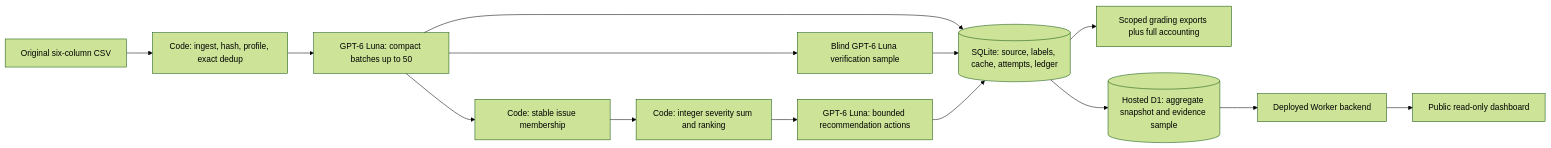
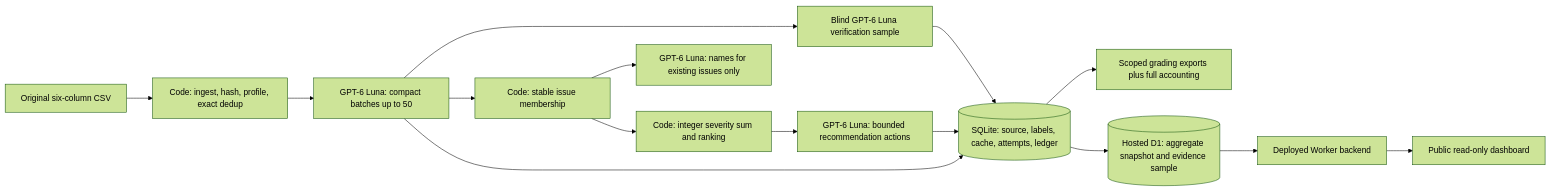
The diagram in README.md (tess-rubin/spotify-review-evidence), drawn with Mermaid (forest theme) before and after one commit. The commit also changed other lines of this file and 13 other files, not shown here.

````diff
--- a/README.md
+++ b/README.md
@@ -40,16 +40,17 @@
 ```mermaid
 flowchart LR
   S[Original six-column CSV] --> P[Code: ingest, hash, profile, exact dedup]
   P --> E[GPT-6 Luna: compact batches up to 50]
   E --> V[Blind GPT-6 Luna verification sample]
   E --> G[Code: stable issue membership]
+  G --> N[GPT-6 Luna: names for existing issues only]
   G --> R[Code: integer severity sum and ranking]
   R --> M[GPT-6 Luna: bounded recommendation actions]
   E --> DB[(SQLite: source, labels, cache, attempts, ledger)]
   V --> DB
   M --> DB
   DB --> X[Scoped grading exports plus full accounting]
   DB --> D1[(Hosted D1: aggregate snapshot and evidence sample)]
   D1 --> API[Deployed Worker backend]
   API --> UI[Public read-only dashboard]
 ```
````
